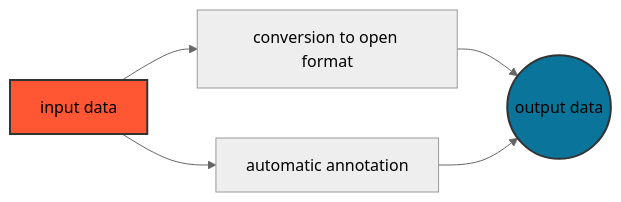
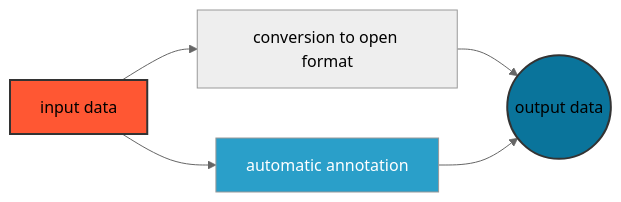
Before and after one commit to FAIRplus/the-fair-cookbook: the third of 3 diagrams in docs/content/1/mermaidsetup.md, drawn with Mermaid (neutral theme). The commit also changed other lines of this file and 352 other files, not shown here.

```diff
--- a/docs/content/1/mermaidsetup.md
+++ b/docs/content/1/mermaidsetup.md
@@ -95,9 +95,10 @@
 <div class="mermaid">
 graph LR;
     A["input data"]-->B["conversion to open format"];
-    A["input data"]-->C["automatic annotation"];
+    A["input data"]-->C["automatic annotation"]:::box;
     B["conversion to open format"]-->D(("output data"));
     C["automatic annotation"]-->D(("output data"));  
     style A fill:#FF5733,stroke:#333,stroke-width:2px
     style D fill:#0A749B,stroke:#333,stroke-width:2px
+    classDef box fill:#2a9fc9,color:#fff;
 </div>
```
